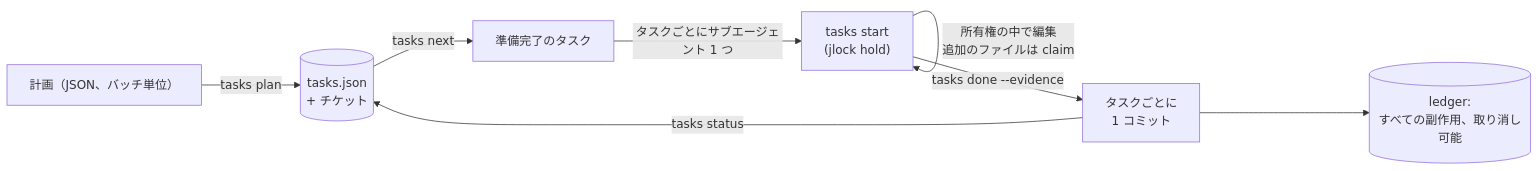
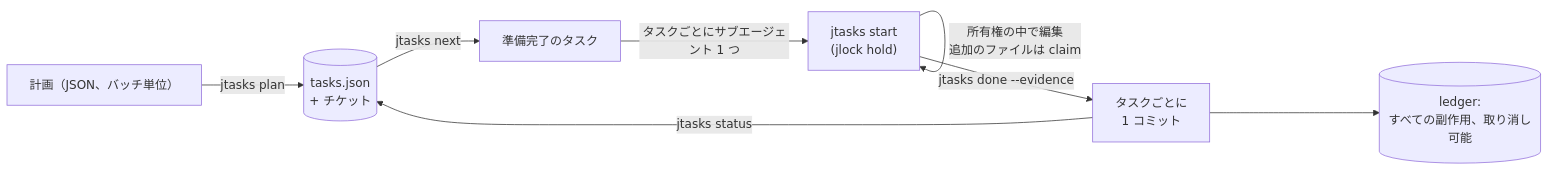
The diagram in README.ja.md (rodrigojager/jtasks), drawn with Mermaid before and after one commit. The commit also changed other lines of this file and 98 other files, not shown here.

````diff
--- a/README.ja.md
+++ b/README.ja.md
@@ -24,10 +24,10 @@
 ```mermaid
 flowchart LR
-  plan["計画（JSON、バッチ単位）"] -->|tasks plan| list[("tasks.json\n+ チケット")]
-  list -->|tasks next| ready["準備完了のタスク"]
-  ready -->|タスクごとにサブエージェント 1 つ| work["tasks start\n(jlock hold)"]
+  plan["計画（JSON、バッチ単位）"] -->|jtasks plan| list[("tasks.json\n+ チケット")]
+  list -->|jtasks next| ready["準備完了のタスク"]
+  ready -->|タスクごとにサブエージェント 1 つ| work["jtasks start\n(jlock hold)"]
   work -->|所有権の中で編集\n追加のファイルは claim| work
-  work -->|tasks done --evidence| commit["タスクごとに\n1 コミット"]
+  work -->|jtasks done --evidence| commit["タスクごとに\n1 コミット"]
   commit --> ledger[("ledger:\nすべての副作用、取り消し可能")]
-  commit -->|tasks status| list
+  commit -->|jtasks status| list
 ```
````
